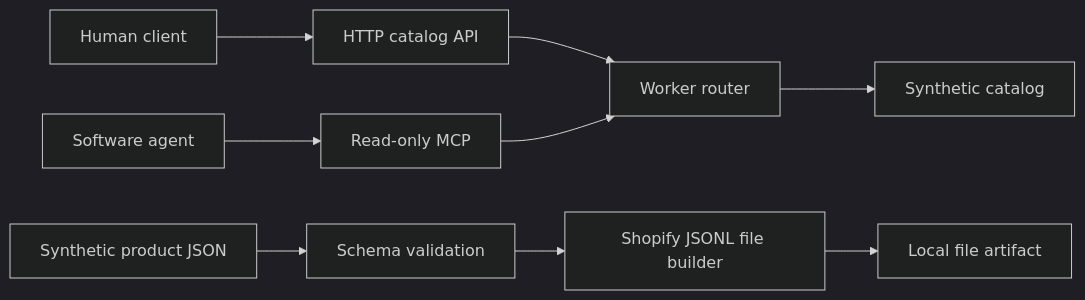
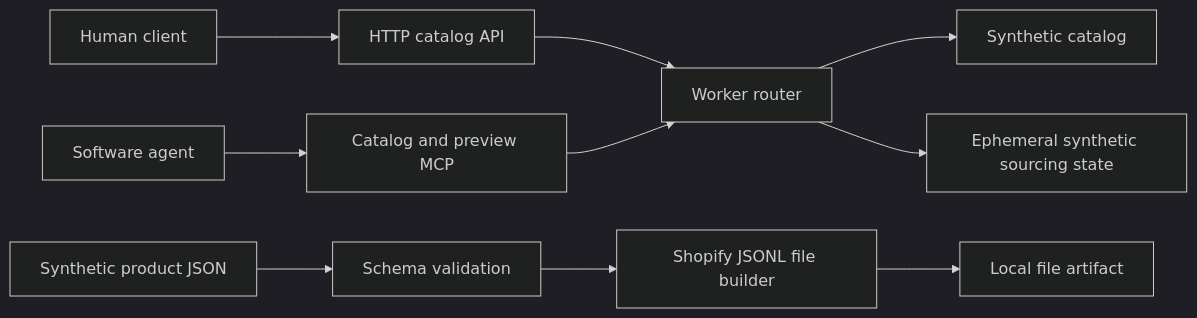
Before and after one commit to SuntekCorps-xLab/send-from-china-agent-core: the diagram in docs/ARCHITECTURE.md, drawn with Mermaid (dark theme). The commit also changed other lines of this file and 16 other files, not shown here.

Commit message:
feat(sourcing): add guarded synthetic MCP lifecycle

````diff
--- a/docs/ARCHITECTURE.md
+++ b/docs/ARCHITECTURE.md
@@ -9,11 +10,12 @@
 ```mermaid
 flowchart LR
     Human[Human client] --> HTTP[HTTP catalog API]
-    Agent[Software agent] --> MCP[Read-only MCP]
+    Agent[Software agent] --> MCP[Catalog and preview MCP]
     HTTP --> Router[Worker router]
     MCP --> Router
     Router --> Catalog[Synthetic catalog]
+    Router --> Sourcing[Ephemeral synthetic sourcing state]
     Source[Synthetic product JSON] --> Validator[Schema validation]
     Validator --> Builder[Shopify JSONL file builder]
     Builder --> Artifact[Local file artifact]
 ```
````
